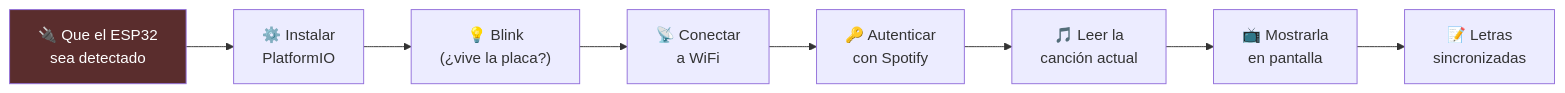
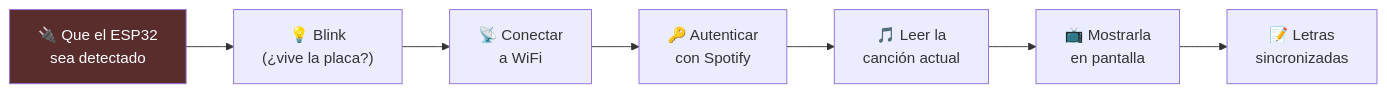
The diagram in proyectos/tamagotchi/README.md (FReptar0/ESP32), drawn with Mermaid before and after one commit. The commit also changed other lines of this file and 11 other files, not shown here.

````diff
--- a/proyectos/tamagotchi/README.md
+++ b/proyectos/tamagotchi/README.md
@@ -56,12 +87,11 @@
 ```mermaid
 graph LR
-    A["🔌 Que el ESP32<br/>sea detectado"] --> B["⚙️ Instalar<br/>PlatformIO"]
-    B --> C["💡 Blink<br/>(¿vive la placa?)"]
+    A["🔌 Que el ESP32<br/>sea detectado"] --> C["💡 Blink<br/>(¿vive la placa?)"]
     C --> D["📡 Conectar<br/>a WiFi"]
     D --> E["🔑 Autenticar<br/>con Spotify"]
     E --> F["🎵 Leer la<br/>canción actual"]
     F --> G["📺 Mostrarla<br/>en pantalla"]
     G --> H["📝 Letras<br/>sincronizadas"]
 
     style A fill:#5a2d2d,color:#fff
 ```
````
